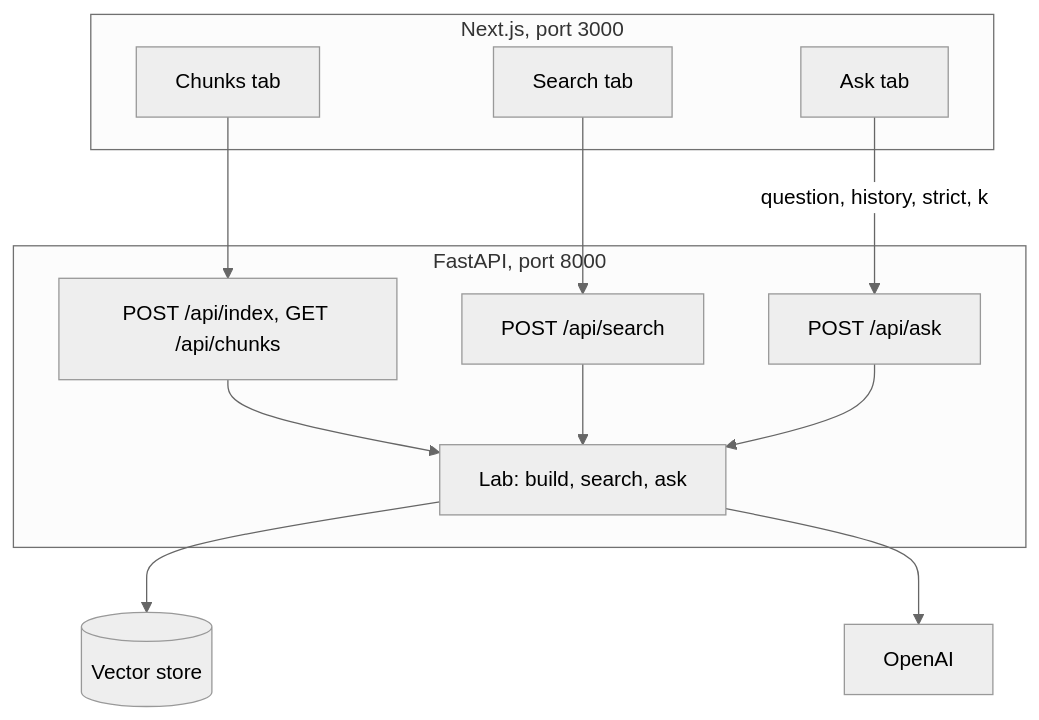
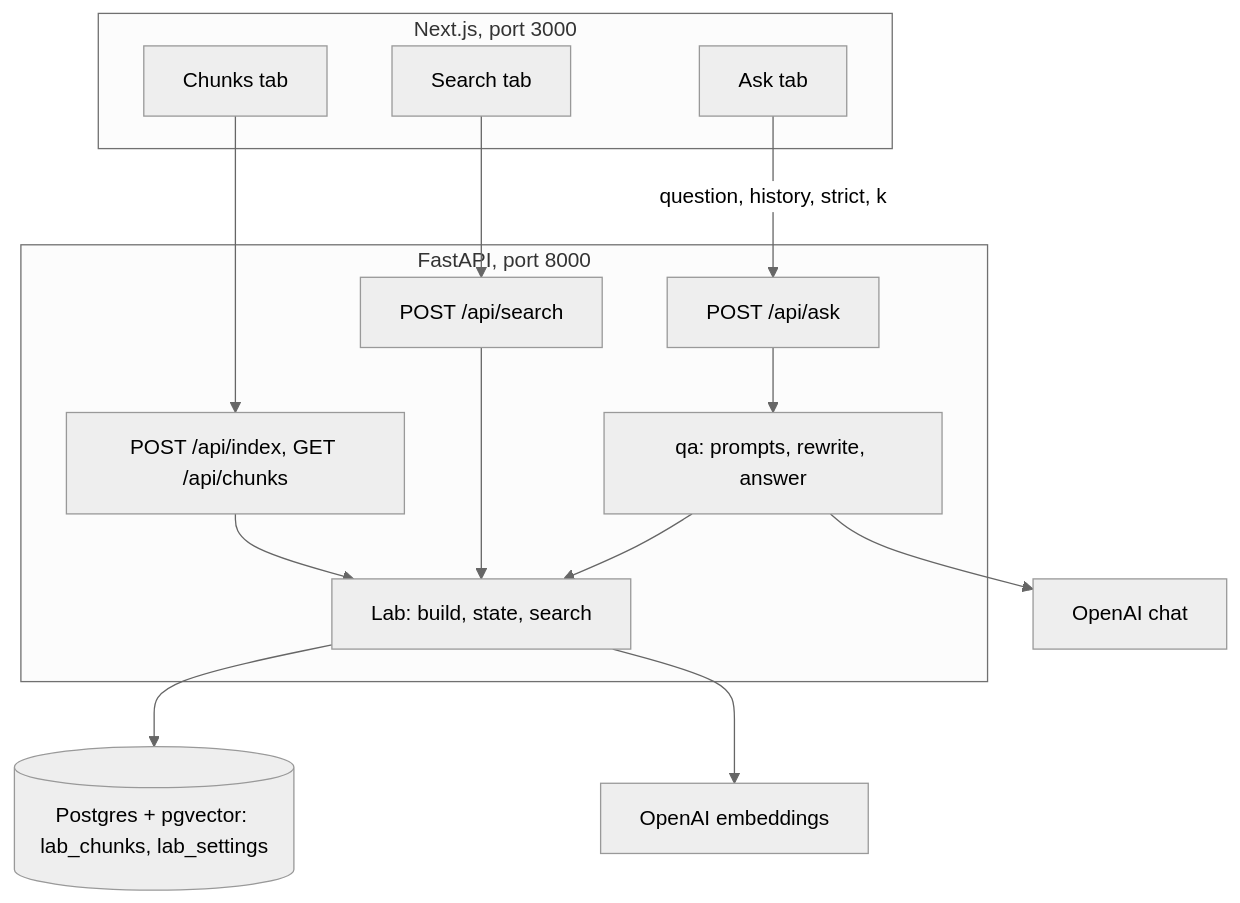
The eighth of 8 diagrams in course2/module1/tutorials/03-build-the-rag-lab-web-app.md (Thommans-Playground/coursera-IBM-RAG-Agentic-AI-Professional-Certificate), drawn with Mermaid (neutral theme) before and after one commit. The commit also changed other lines of this file and 18 other files, not shown here.

Commit message:
Enhance RAG Lab Web App: Integrate PostgreSQL with pgvector, refactor Lab class for indexing and searching, and implement history-based question rewriting for improved context handling.

````diff
--- a/course2/module1/tutorials/03-build-the-rag-lab-web-app.md
+++ b/course2/module1/tutorials/03-build-the-rag-lab-web-app.md
@@ -861,19 +1139,22 @@
 ```mermaid
 flowchart TB
     subgraph Browser["Next.js, port 3000"]
         T1["Chunks tab"]
         T2["Search tab"]
         T3["Ask tab"]
     end
     subgraph Server["FastAPI, port 8000"]
         E1["POST /api/index, GET /api/chunks"]
         E2["POST /api/search"]
         E3["POST /api/ask"]
-        L["Lab: build, search, ask"]
+        L["Lab: build, state, search"]
+        Q["qa: prompts, rewrite, answer"]
     end
+    PG[("Postgres + pgvector: lab_chunks, lab_settings")]
     T1 --> E1 --> L
     T2 --> E2 --> L
-    T3 -->|"question, history, strict, k"| E3 --> L
-    L --> V[("Vector store")]
-    L --> O["OpenAI"]
+    T3 -->|"question, history, strict, k"| E3 --> Q --> L
+    L --> PG
+    L --> O["OpenAI embeddings"]
+    Q --> C["OpenAI chat"]
 ```
````
